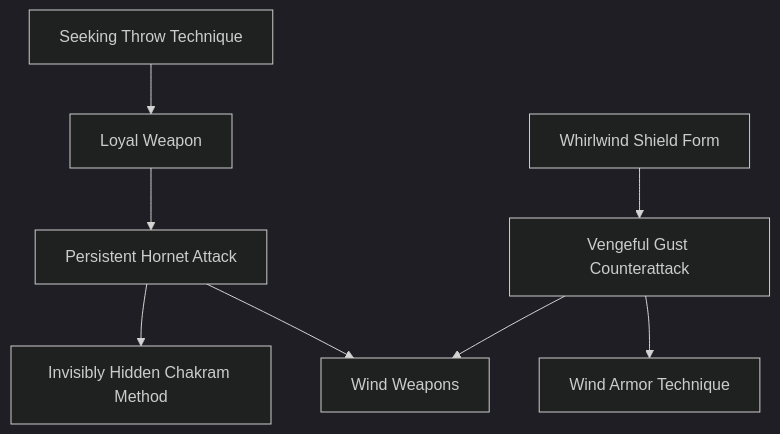
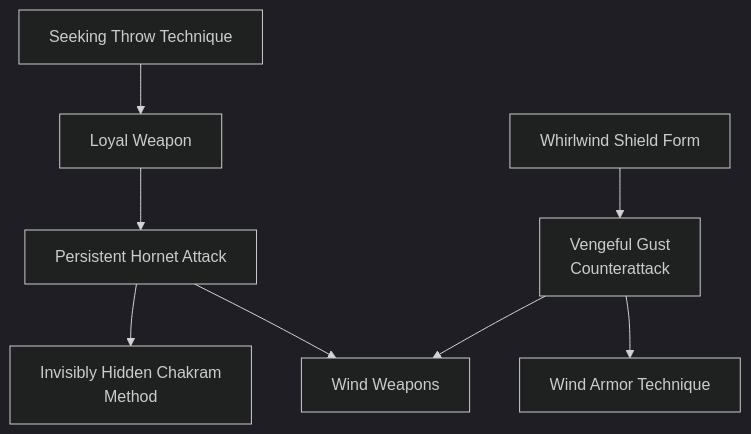
The diagram in docs/mermaid/dragon_blooded/air_thrown_2.mmd (jrobichaud/exalted-charms-1e), drawn with Mermaid before and after one commit. The commit also changed 11 other files, not shown here.

```diff
--- a/docs/mermaid/dragon_blooded/air_thrown_2.mmd
+++ b/docs/mermaid/dragon_blooded/air_thrown_2.mmd
@@ -101,7 +101,7 @@
         need not pay the Willpower every turn.
         "
 
-    invisibly_hidden_chakram_method[Invisibly Hidden Chakram Method]
+    invisibly_hidden_chakram_method[Invisibly Hidden Chakram<br>Method]
     persistent_hornet_attack --> invisibly_hidden_chakram_method
     click invisibly_hidden_chakram_method callback "
         Invisibly Hidden Chakram Method<br>
@@ -167,7 +167,7 @@
         companion so protected.
         "
 
-    vengeful_gust_counterattack[Vengeful Gust Counterattack]
+    vengeful_gust_counterattack[Vengeful Gust<br>Counterattack]
     whirlwind_shield_form --> vengeful_gust_counterattack
     click vengeful_gust_counterattack callback "
         Vengeful Gust Counterattack<br>
```
